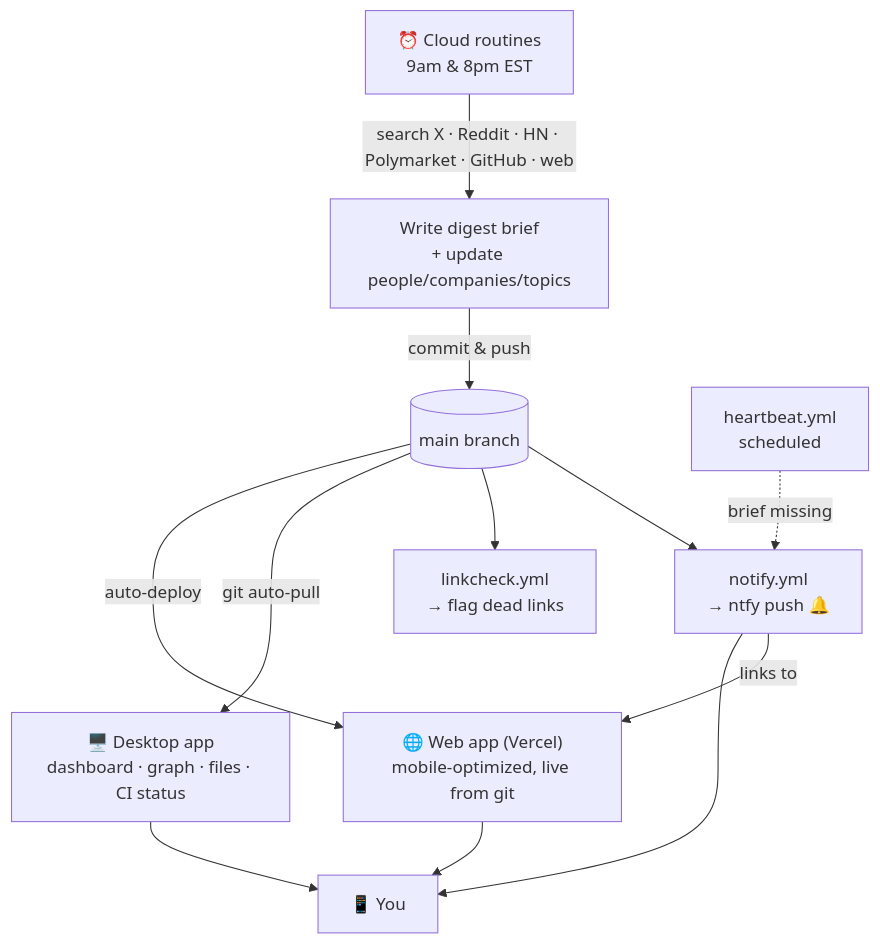
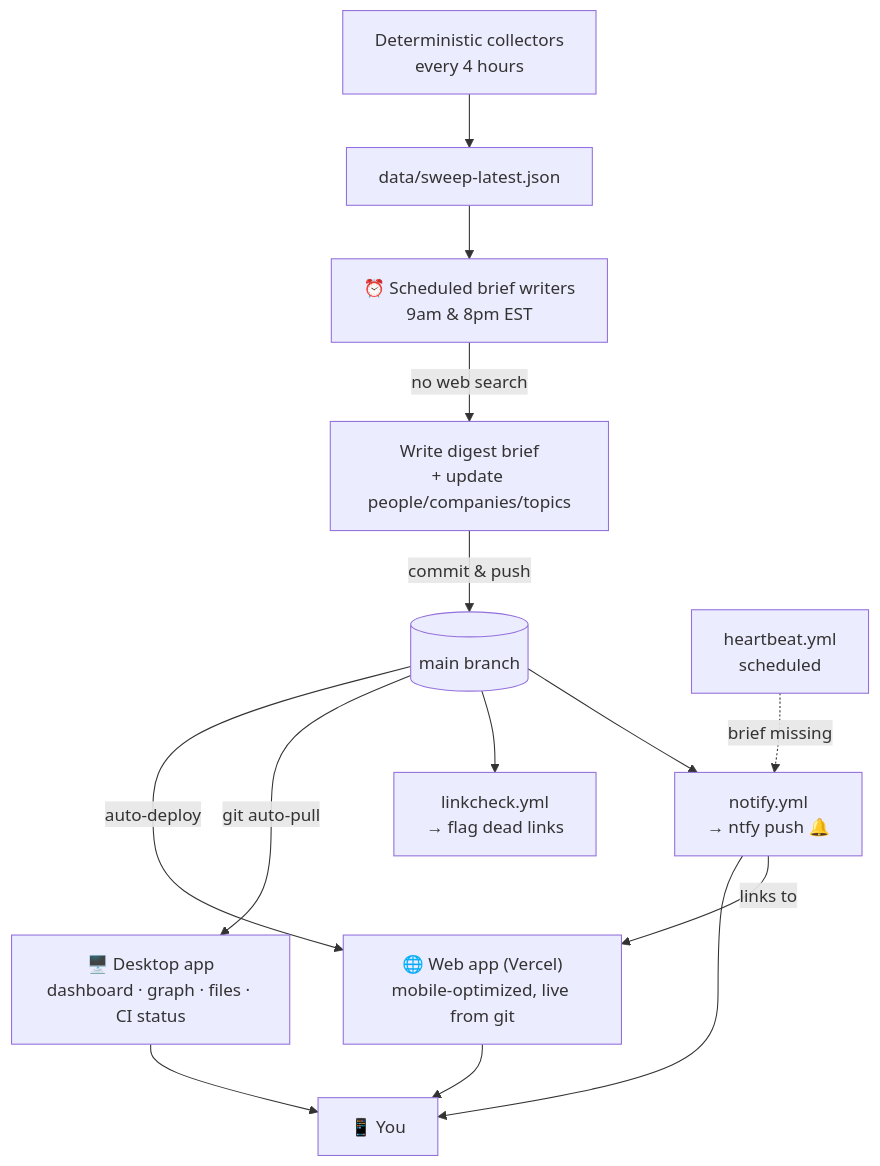
One commit to krish-shahh/ai-intel changed the diagram in README.md. Above: the diagram before and after it, drawn with Mermaid. The commit also changed other lines of this file and 11 other files, not shown here.

````diff
--- a/README.md
+++ b/README.md
@@ -15,14 +16,15 @@
 ```mermaid
 flowchart TD
-    R["⏰ Cloud routines<br/>9am &amp; 8pm EST"] -->|search X · Reddit · HN · Polymarket · GitHub · web| W["Write digest brief<br/>+ update people/companies/topics"]
+    C["Deterministic collectors<br/>every 4 hours"] --> D["data/sweep-latest.json"] --> R["⏰ Scheduled brief writers<br/>9am &amp; 8pm EST"]
+    R -->|no web search| W["Write digest brief<br/>+ update people/companies/topics"]
     W -->|commit &amp; push| M[("main branch")]
     M --> N["notify.yml<br/>→ ntfy push 🔔"]
     M --> L["linkcheck.yml<br/>→ flag dead links"]
     H["heartbeat.yml<br/>scheduled"] -.->|brief missing| N
     M -->|git auto-pull| A["🖥️ Desktop app<br/>dashboard · graph · files · CI status"]
     M -->|auto-deploy| B["🌐 Web app (Vercel)<br/>mobile-optimized, live from git"]
     N -->|links to| B
     N --> U["📱 You"]
     A --> U
     B --> U
 ```
````
